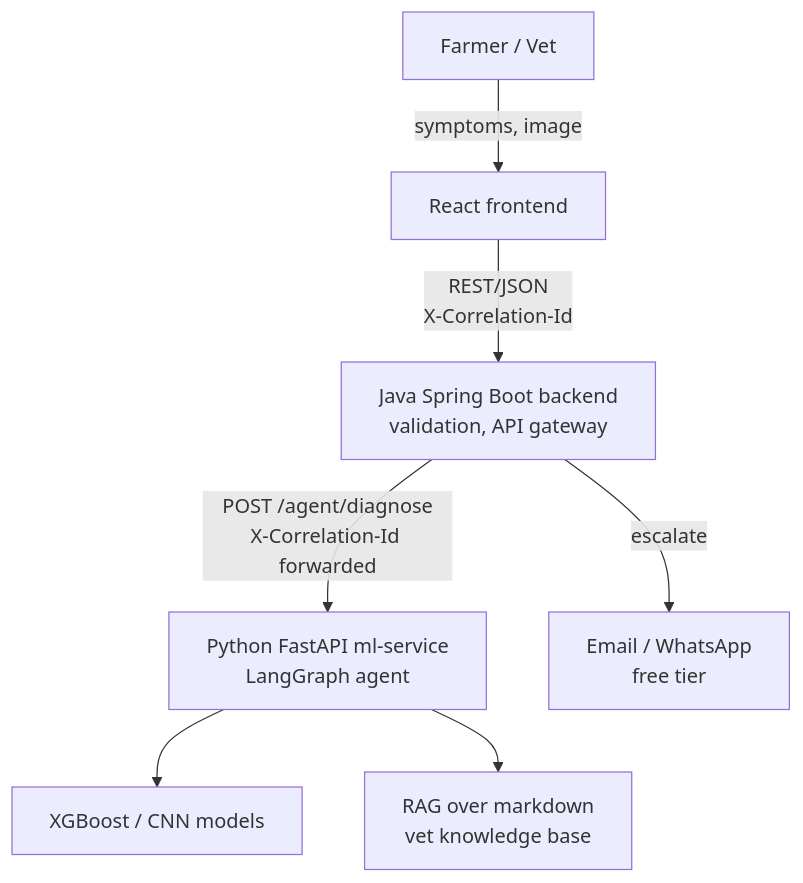
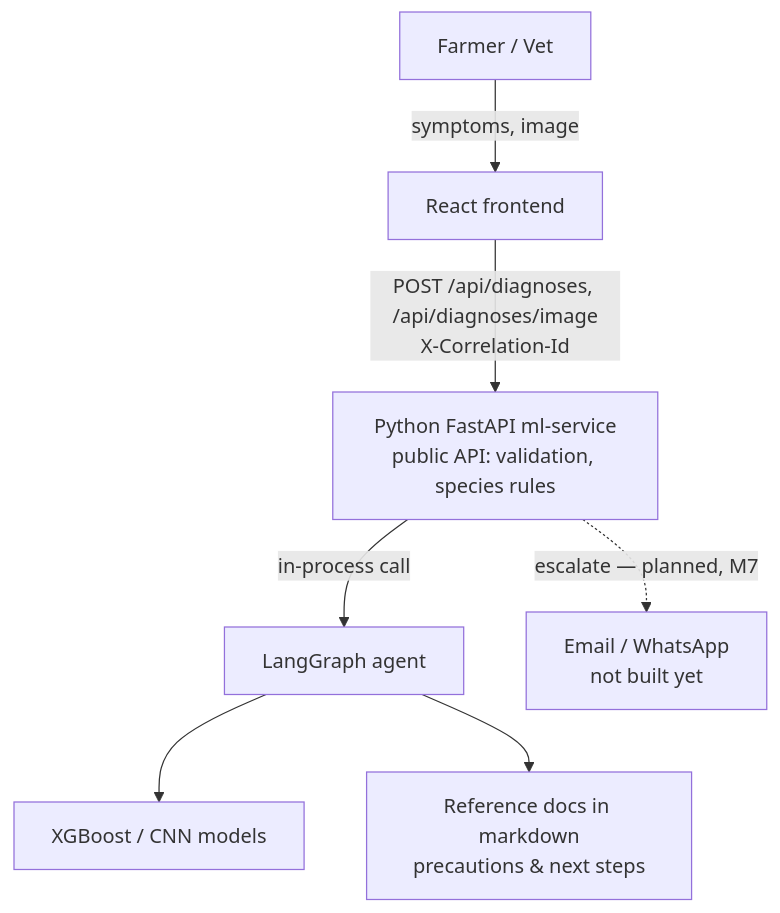
One commit to arun-codewalnut/Cattle-Disease-Prediction-System changed the first of 2 diagrams in docs/ARCHITECTURE.md. Above: the diagram before and after it, drawn with Mermaid. The commit also changed other lines of this file and 84 other files, not shown here.

First line of the commit message:
Merge Java backend into ml-service; remove Ollama; one-command setup (#50)

````diff
--- a/docs/ARCHITECTURE.md
+++ b/docs/ARCHITECTURE.md
@@ -3,9 +3,9 @@
 ```mermaid
 flowchart TD
     U[Farmer / Vet] -->|symptoms, image| FE[React frontend]
-    FE -->|REST/JSON<br/>X-Correlation-Id| BE[Java Spring Boot backend<br/>validation, API gateway]
-    BE -->|POST /agent/diagnose<br/>X-Correlation-Id forwarded| ML[Python FastAPI ml-service<br/>LangGraph agent]
+    FE -->|POST /api/diagnoses, /api/diagnoses/image<br/>X-Correlation-Id| API[Python FastAPI ml-service<br/>public API: validation, species rules]
+    API -->|in-process call| ML[LangGraph agent]
     ML --> MODELS[XGBoost / CNN models]
-    ML --> RAG[RAG over markdown<br/>vet knowledge base]
-    BE -->|escalate| NOTIFY[Email / WhatsApp<br/>free tier]
+    ML --> DOCS[Reference docs in markdown<br/>precautions & next steps]
+    API -.->|escalate — planned, M7| NOTIFY[Email / WhatsApp<br/>not built yet]
 ```
````
